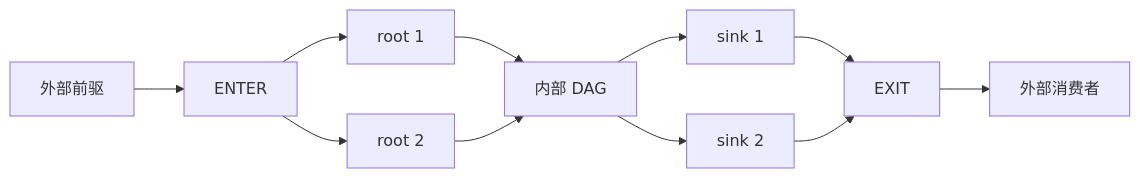
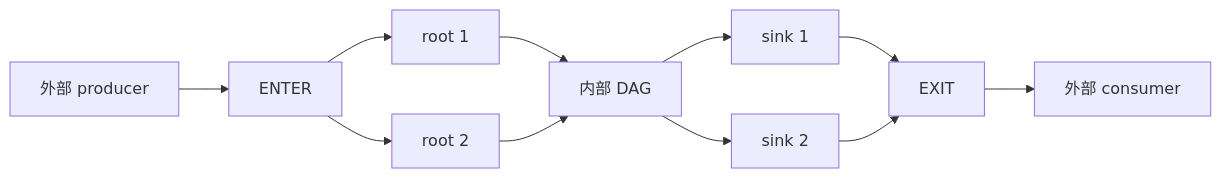
Before and after one commit to hw-native-sys/simpler: the diagram in docs/zh-cn/design/a5-hbg-graph-task.md, drawn with Mermaid. The commit also changed other lines of this file and 71 other files, not shown here.

````diff
--- a/docs/zh-cn/design/a5-hbg-graph-task.md
+++ b/docs/zh-cn/design/a5-hbg-graph-task.md
@@ -97,13 +34,13 @@
 ```mermaid
 flowchart LR
-    P[外部前驱] --> E[ENTER]
+    P[外部 producer] --> E[ENTER]
     E --> R1[root 1]
     E --> R2[root 2]
     R1 --> D[内部 DAG]
     R2 --> D
     D --> S1[sink 1]
     D --> S2[sink 2]
     S1 --> X[EXIT]
     S2 --> X
-    X --> C[外部消费者]
+    X --> C[外部 consumer]
 ```
````
